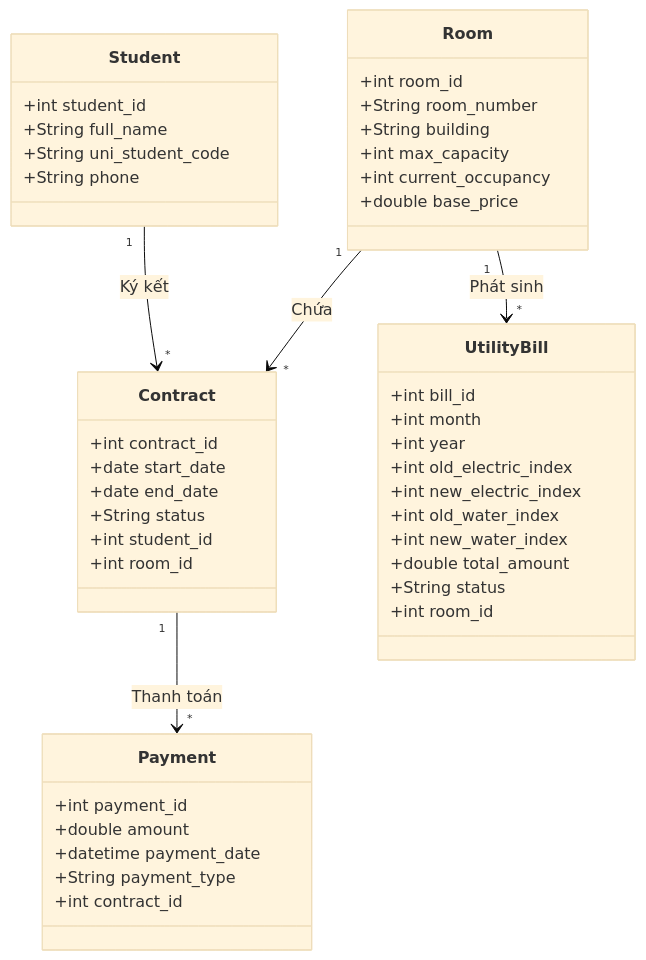
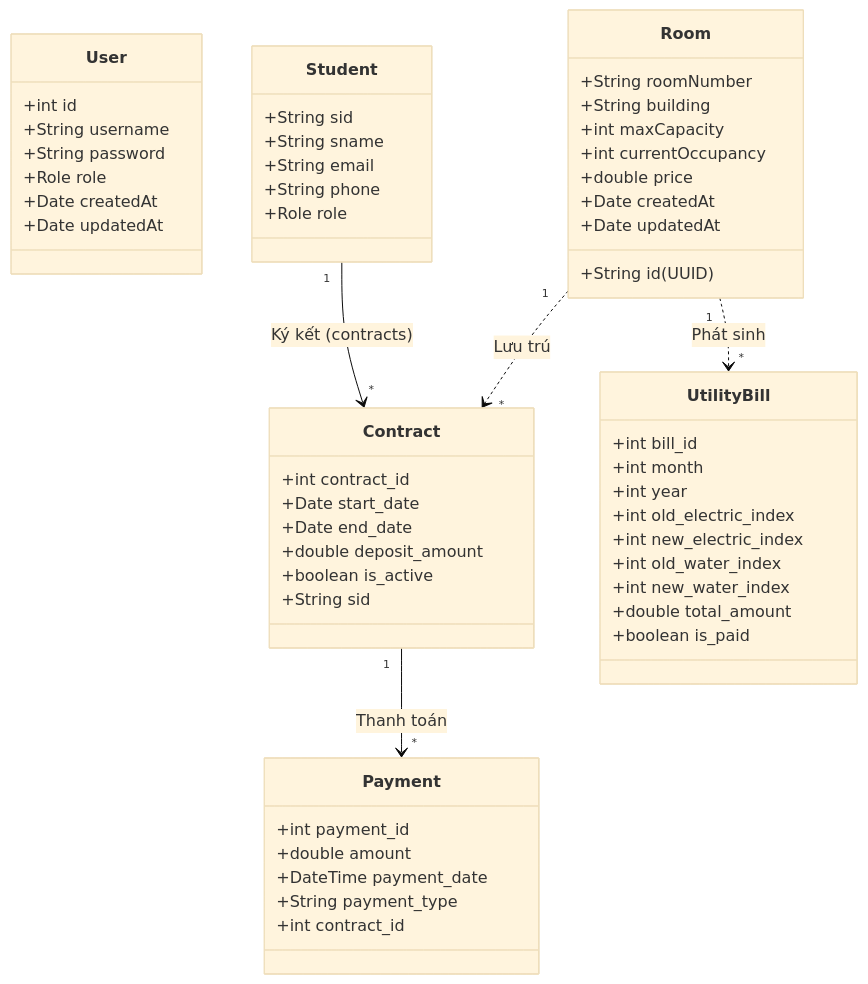
Before and after one commit to NhomBTL-Webnangcao-Tdz/NhomBTL-Webnangcao-Tdz123: the diagram in readme.md, drawn with Mermaid (base theme). The commit also changed other lines of this file and 2 other files, not shown here.

````diff
--- a/readme.md
+++ b/readme.md
@@ -30,49 +171,64 @@
 ```mermaid
 classDiagram
+    class User {
+        +int id
+        +String username
+        +String password
+        +Role role
+        +Date createdAt
+        +Date updatedAt
+    }
+
     class Student {
-        +int student_id
-        +String full_name
-        +String uni_student_code
+        +String sid
+        +String sname
+        +String email
         +String phone
+        +Role role
     }
+
     class Room {
-        +int room_id
-        +String room_number
+        +String id (UUID)
+        +String roomNumber
         +String building
-        +int max_capacity
-        +int current_occupancy
-        +double base_price
+        +int maxCapacity
+        +int currentOccupancy
+        +double price
+        +Date createdAt
+        +Date updatedAt
     }
+
     class Contract {
         +int contract_id
-        +date start_date
-        +date end_date
-        +String status
-        +int student_id
-        +int room_id
+        +Date start_date
+        +Date end_date
+        +double deposit_amount
+        +boolean is_active
+        +String sid
     }
+
     class UtilityBill {
         +int bill_id
         +int month
         +int year
         +int old_electric_index
         +int new_electric_index
         +int old_water_index
         +int new_water_index
         +double total_amount
-        +String status
-        +int room_id
+        +boolean is_paid
     }
+
     class Payment {
         +int payment_id
         +double amount
-        +datetime payment_date
+        +DateTime payment_date
         +String payment_type
         +int contract_id
     }
 
-    Student "1" --> "*" Contract : Ký kết
-    Room "1" --> "*" Contract : Chứa
-    Room "1" --> "*" UtilityBill : Phát sinh
+    Student "1" --> "*" Contract : Ký kết (contracts)
+    Room "1" ..> "*" Contract : Lưu trú
+    Room "1" ..> "*" UtilityBill : Phát sinh
     Contract "1" --> "*" Payment : Thanh toán
 ```
````
